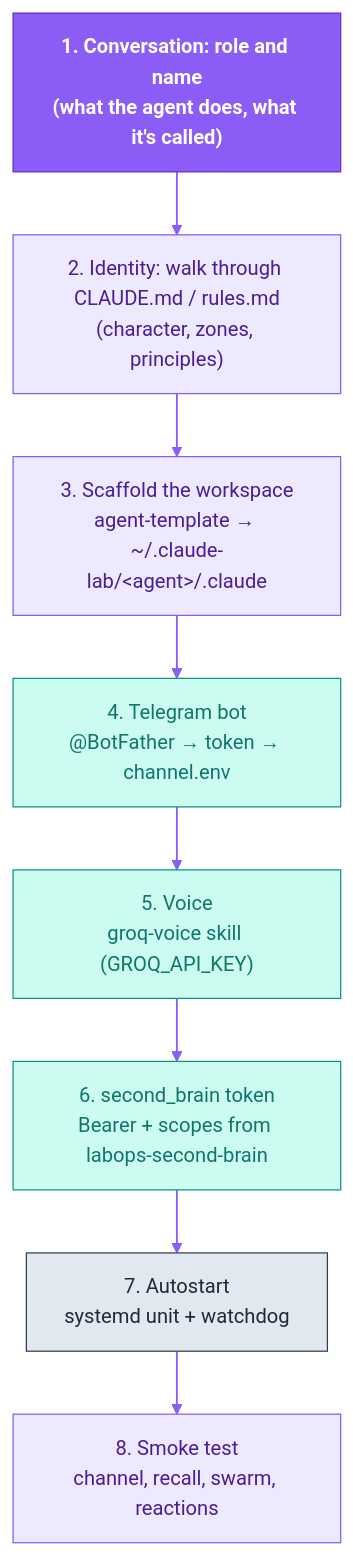
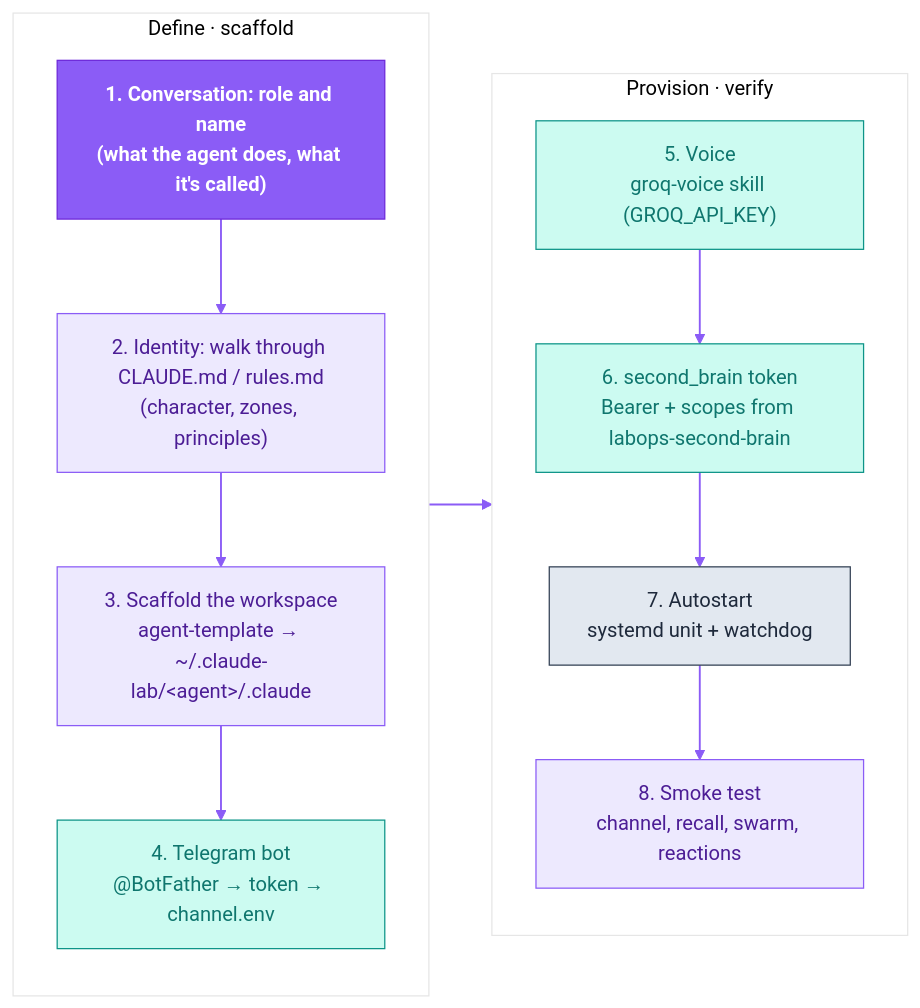
The fourth of 4 diagrams in README.md (dediukhinpa/labops-agent-architecture), drawn with Mermaid before and after one commit. The commit also changed other lines of this file and 4 other files, not shown here.

````diff
--- a/README.md
+++ b/README.md
@@ -281,21 +287,29 @@
 ```mermaid
 %%{init: {'theme':'base','themeVariables':{'primaryColor':'#EDE9FE','primaryTextColor':'#4C1D95','primaryBorderColor':'#8B5CF6','lineColor':'#8B5CF6','secondaryColor':'#F1F5F9','tertiaryColor':'#ffffff','fontFamily':'Helvetica,Arial,sans-serif'}}}%%
-flowchart TD
-  S1["1. Conversation: role and name<br/>(what the agent does, what it's called)"]
-  S2["2. Identity: walk through CLAUDE.md / rules.md<br/>(character, zones, principles)"]
-  S3["3. Scaffold the workspace<br/>agent-template → ~/.claude-lab/&lt;agent&gt;/.claude"]
-  S4["4. Telegram bot<br/>@BotFather → token → channel.env"]
-  S5["5. Voice<br/>groq-voice skill (GROQ_API_KEY)"]
-  S6["6. second_brain token<br/>Bearer + scopes from labops-second-brain"]
-  S7["7. Autostart<br/>systemd unit + watchdog"]
-  S8["8. Smoke test<br/>channel, recall, swarm, reactions"]
-  S1 --> S2 --> S3 --> S4 --> S5 --> S6 --> S7 --> S8
+flowchart LR
+  subgraph c1["Define · scaffold"]
+    direction TB
+    S1["1. Conversation: role and name<br/>(what the agent does, what it's called)"]
+    S2["2. Identity: walk through CLAUDE.md / rules.md<br/>(character, zones, principles)"]
+    S3["3. Scaffold the workspace<br/>agent-template → ~/.claude-lab/&lt;agent&gt;/.claude"]
+    S4["4. Telegram bot<br/>@BotFather → token → channel.env"]
+    S1 --> S2 --> S3 --> S4
+  end
+  subgraph c2["Provision · verify"]
+    direction TB
+    S5["5. Voice<br/>groq-voice skill (GROQ_API_KEY)"]
+    S6["6. second_brain token<br/>Bearer + scopes from labops-second-brain"]
+    S7["7. Autostart<br/>systemd unit + watchdog"]
+    S8["8. Smoke test<br/>channel, recall, swarm, reactions"]
+    S5 --> S6 --> S7 --> S8
+  end
+  S4 --> S5
   classDef brand fill:#8B5CF6,stroke:#6D28D9,color:#ffffff,font-weight:bold
   classDef ext fill:#CCFBF1,stroke:#0D9488,color:#0F766E
   classDef store fill:#FEF3C7,stroke:#D97706,color:#92400E
   classDef sys fill:#E2E8F0,stroke:#334155,color:#1E293B
   linkStyle default stroke:#8B5CF6,stroke-width:1.5px
   class S1 brand
   class S4,S5,S6 ext
   class S7 sys
 ```
````
